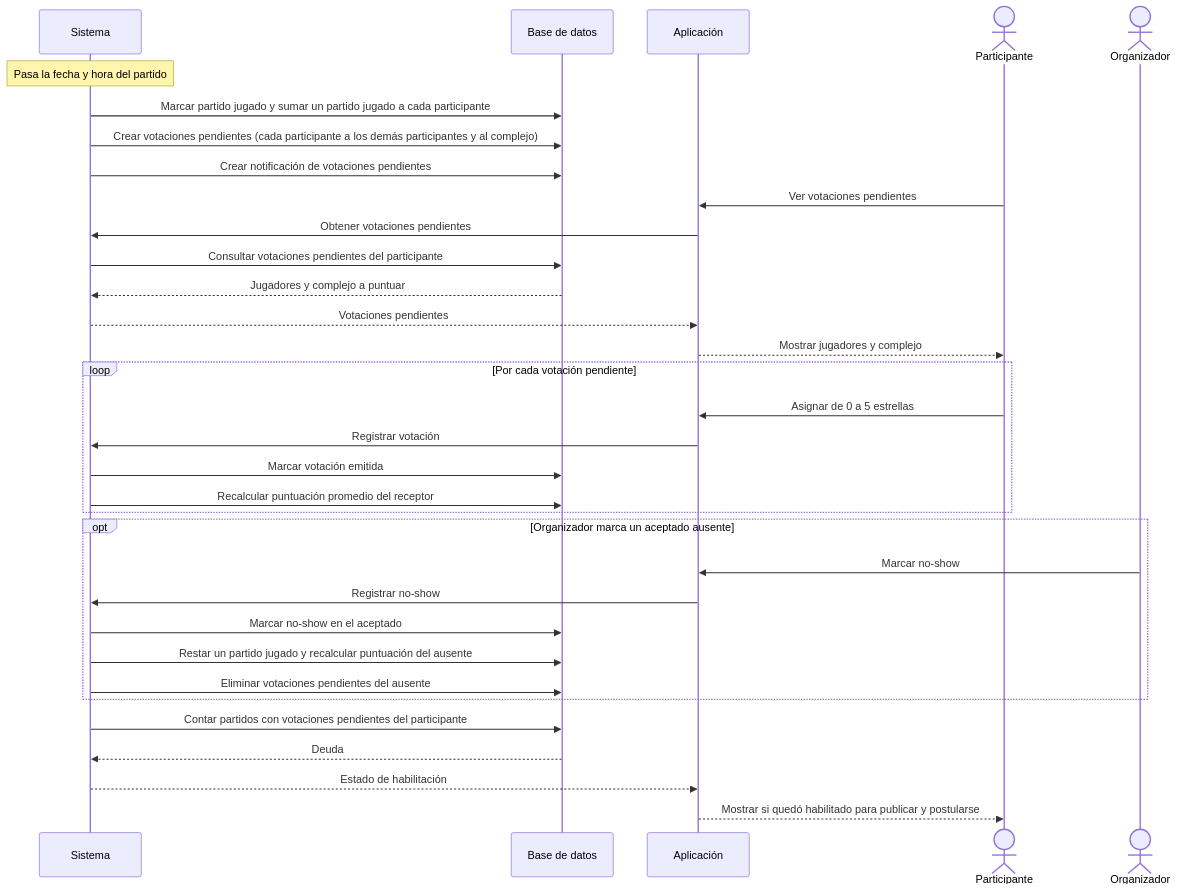
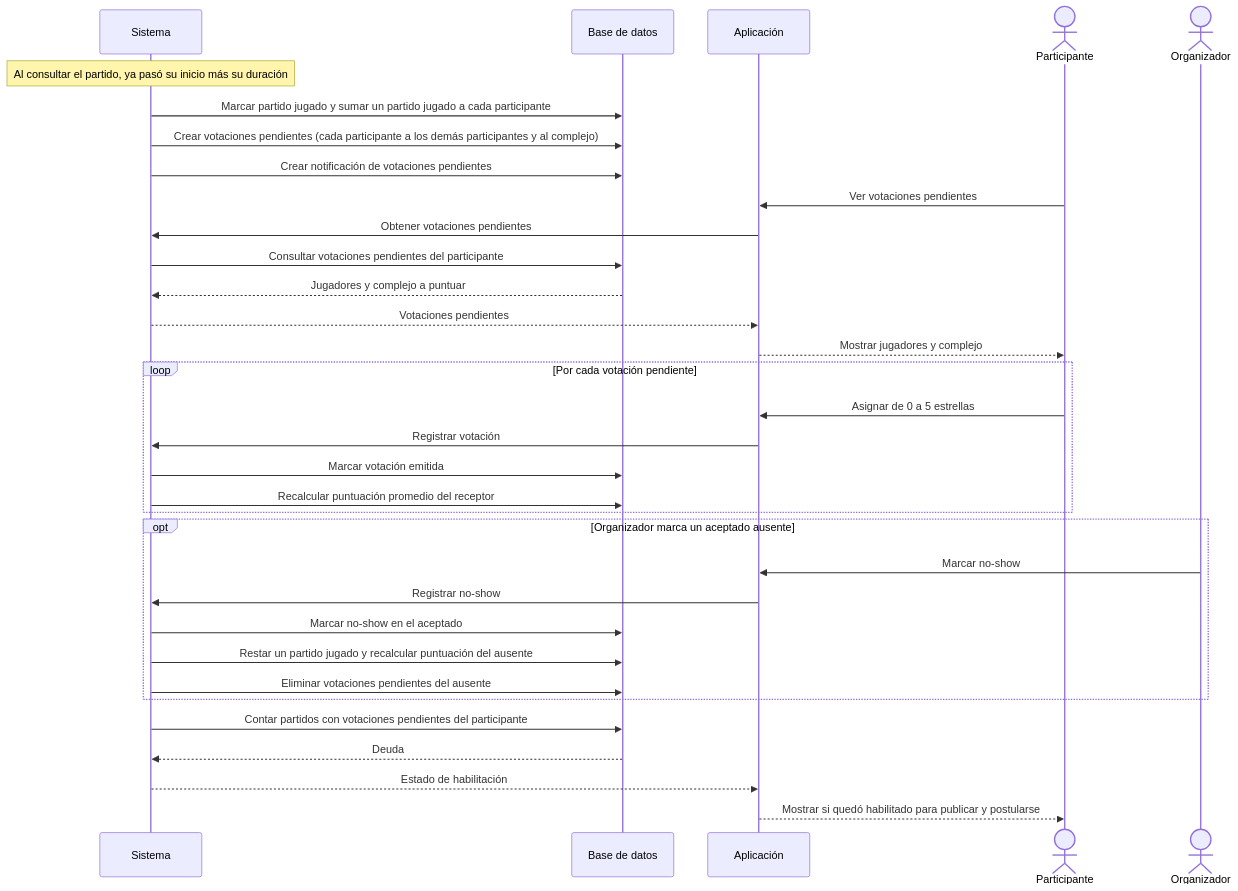
Before and after one commit to nvranco/fulvo: the diagram in docs/diagramas/05-votacion-post-partido.md, drawn with Mermaid. The commit also changed 5 other files, not shown here.

First line of the commit message:
docs: ajusto requerimientos y diagramas de secuencia con las decisiones del modelo

````diff
--- a/docs/diagramas/05-votacion-post-partido.md
+++ b/docs/diagramas/05-votacion-post-partido.md
@@ -5,41 +5,41 @@
 ```mermaid
 sequenceDiagram
     participant S as Sistema
     participant BD as Base de datos
     participant A as Aplicación
     actor P as Participante
     actor O as Organizador
 
-    Note over S: Pasa la fecha y hora del partido
+    Note over S: Al consultar el partido, ya pasó su inicio más su duración
     S->>BD: Marcar partido jugado y sumar un partido jugado a cada participante
     S->>BD: Crear votaciones pendientes (cada participante a los demás participantes y al complejo)
     S->>BD: Crear notificación de votaciones pendientes
 
     P->>A: Ver votaciones pendientes
     A->>S: Obtener votaciones pendientes
     S->>BD: Consultar votaciones pendientes del participante
     BD-->>S: Jugadores y complejo a puntuar
     S-->>A: Votaciones pendientes
     A-->>P: Mostrar jugadores y complejo
 
     loop Por cada votación pendiente
         P->>A: Asignar de 0 a 5 estrellas
         A->>S: Registrar votación
         S->>BD: Marcar votación emitida
         S->>BD: Recalcular puntuación promedio del receptor
     end
 
     opt Organizador marca un aceptado ausente
         O->>A: Marcar no-show
         A->>S: Registrar no-show
         S->>BD: Marcar no-show en el aceptado
         S->>BD: Restar un partido jugado y recalcular puntuación del ausente
         S->>BD: Eliminar votaciones pendientes del ausente
     end
 
     S->>BD: Contar partidos con votaciones pendientes del participante
     BD-->>S: Deuda
     S-->>A: Estado de habilitación
     A-->>P: Mostrar si quedó habilitado para publicar y postularse
 
 ```
````
